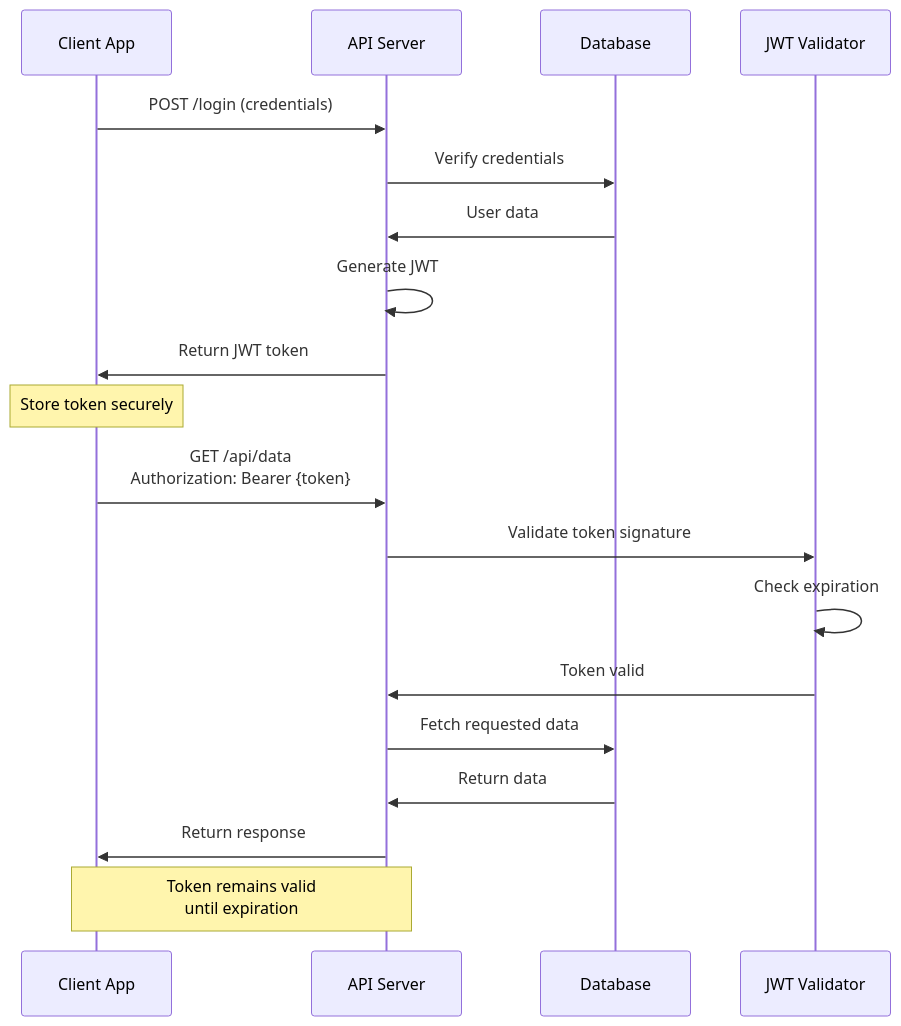
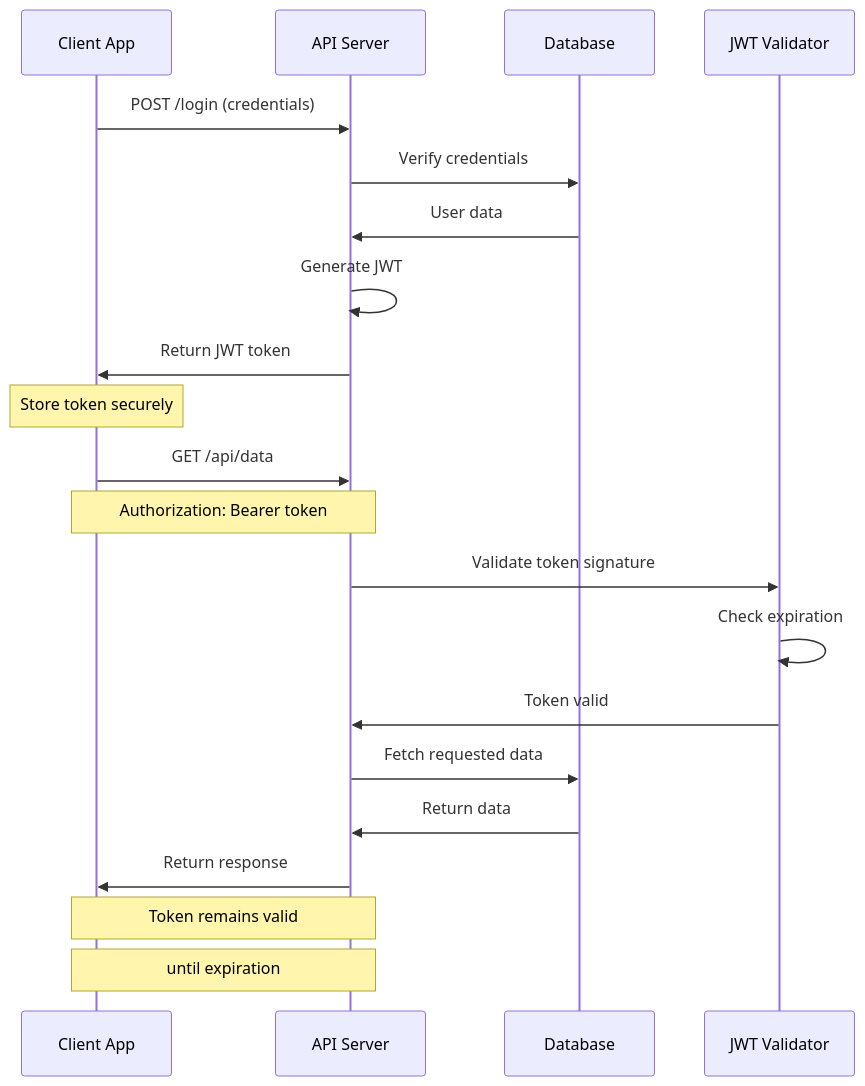
One commit to gaurav10610/webtoolseasy changed the third of 5 diagrams in src/data/blog/content/rest-api-jwt-authentication-guide.md. Above: the diagram before and after it, drawn with Mermaid. The commit also changed other lines of this file and 5 other files, not shown here.

First line of the commit message:
Improve Mermaid diagram rendering and update blog diagrams

````diff
--- a/src/data/blog/content/rest-api-jwt-authentication-guide.md
+++ b/src/data/blog/content/rest-api-jwt-authentication-guide.md
@@ -169,25 +172,27 @@
 ```mermaid
 sequenceDiagram
     participant C as Client App
     participant A as API Server
     participant D as Database
     participant V as JWT Validator
 
     C->>A: POST /login (credentials)
     A->>D: Verify credentials
     D->>A: User data
     A->>A: Generate JWT
     A->>C: Return JWT token
 
     Note over C: Store token securely
 
-    C->>A: GET /api/data<br/>Authorization: Bearer {token}
+    C->>A: GET /api/data
+    Note over C,A: Authorization: Bearer token
     A->>V: Validate token signature
     V->>V: Check expiration
     V->>A: Token valid
     A->>D: Fetch requested data
     D->>A: Return data
     A->>C: Return response
 
-    Note over C,A: Token remains valid<br/>until expiration
+    Note over C,A: Token remains valid
+    Note over C,A: until expiration
 ```
````
